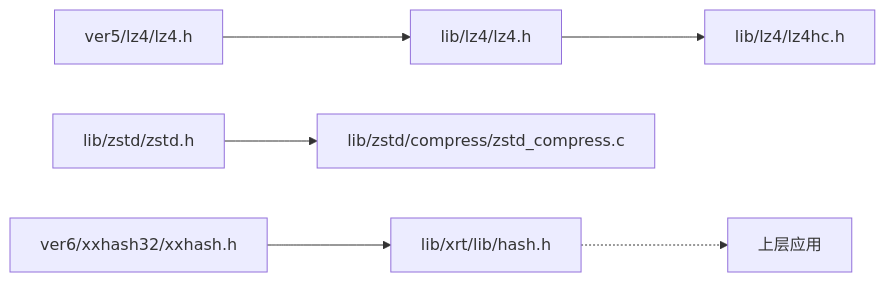
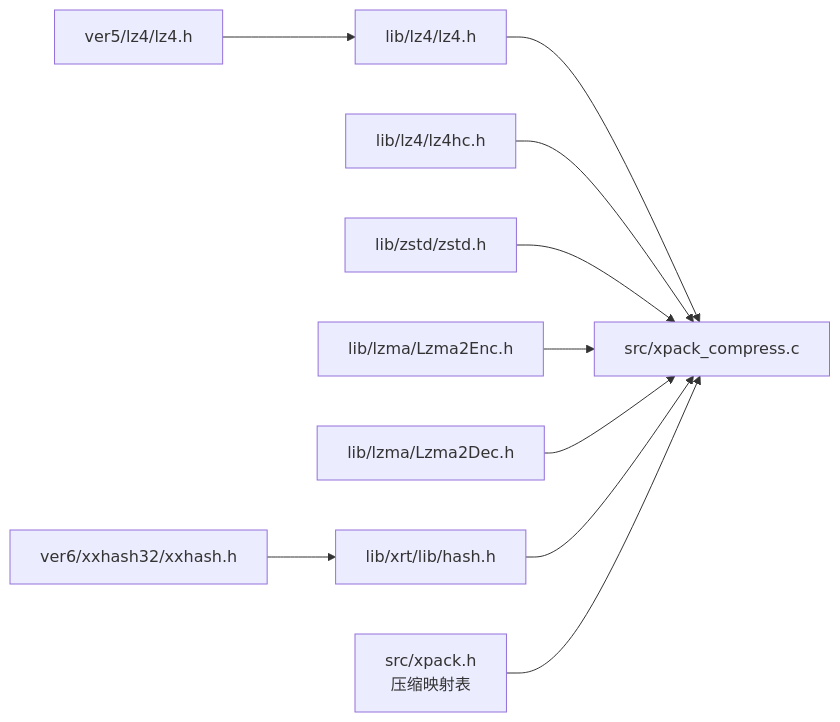
One commit to xywhsoft/xpack changed the fifth of 5 diagrams in .qoder/repowiki/zh/content/压缩算法集成/压缩算法集成.md. Above: the diagram before and after it, drawn with Mermaid. The commit also changed other lines of this file and 23 other files, not shown here.

````diff
--- a/.qoder/repowiki/zh/content/压缩算法集成/压缩算法集成.md
+++ b/.qoder/repowiki/zh/content/压缩算法集成/压缩算法集成.md
@@ -298,8 +349,12 @@
 ```mermaid
 graph LR
-LZ4["lib/lz4/lz4.h"] --> LZ4HC["lib/lz4/lz4hc.h"]
-ZSTD["lib/zstd/zstd.h"] --> ZC["lib/zstd/compress/zstd_compress.c"]
-HASH["lib/xrt/lib/hash.h"] -.-> APP["上层应用"]
+LZ4["lib/lz4/lz4.h"] --> COMP["src/xpack_compress.c"]
+LZ4HC["lib/lz4/lz4hc.h"] --> COMP
+ZSTD["lib/zstd/zstd.h"] --> COMP
+LZMA2ENC["lib/lzma/Lzma2Enc.h"] --> COMP
+LZMA2DEC["lib/lzma/Lzma2Dec.h"] --> COMP
+HASH["lib/xrt/lib/hash.h"] --> COMP
 V5LZ4["ver5/lz4/lz4.h"] --> LZ4
 XXH32["ver6/xxhash32/xxhash.h"] --> HASH
+TABLE["src/xpack.h<br/>压缩映射表"] --> COMP
 ```
````
